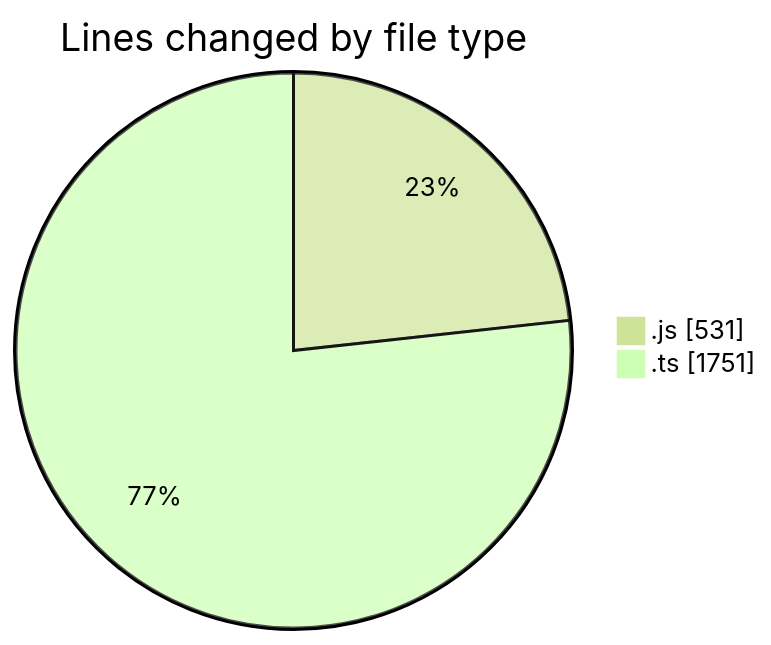
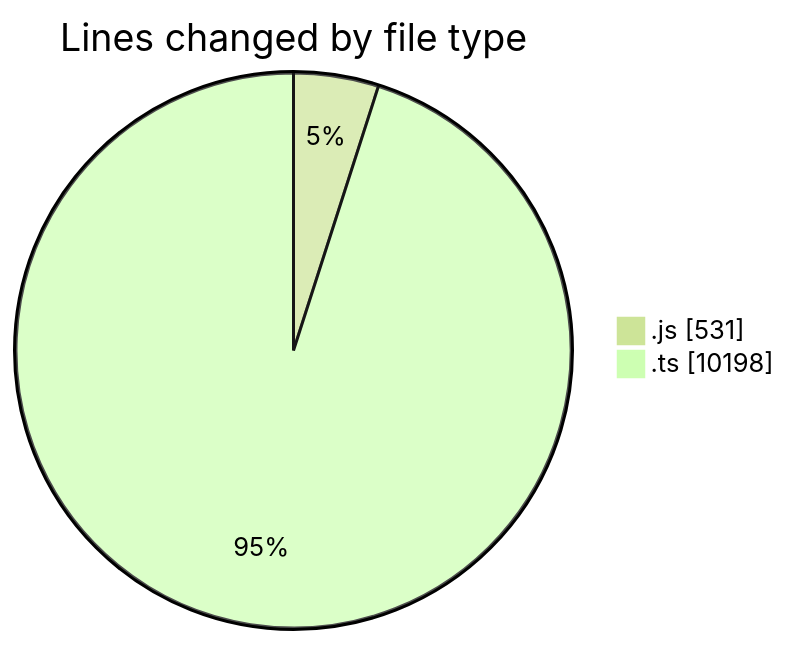
Before and after one commit to momahboobian/code-tracking: the first of 2 diagrams in 2025-05-29/cda/README.md, drawn with Mermaid (forest theme). The commit also changed other lines of this file and 1 other file, not shown here.

````diff
--- a/2025-05-29/cda/README.md
+++ b/2025-05-29/cda/README.md
@@ -22,6 +23,6 @@
 ```mermaid
 pie showData
 title Lines changed by file type
 ".js" : 531
-".ts" : 1751
+".ts" : 10198
 ```
````
